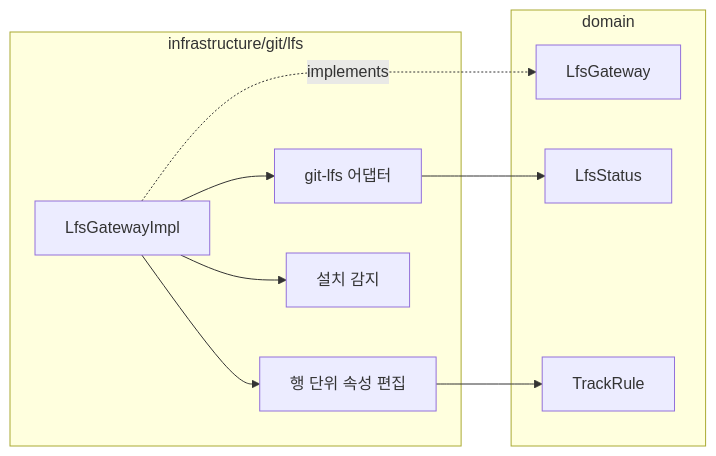
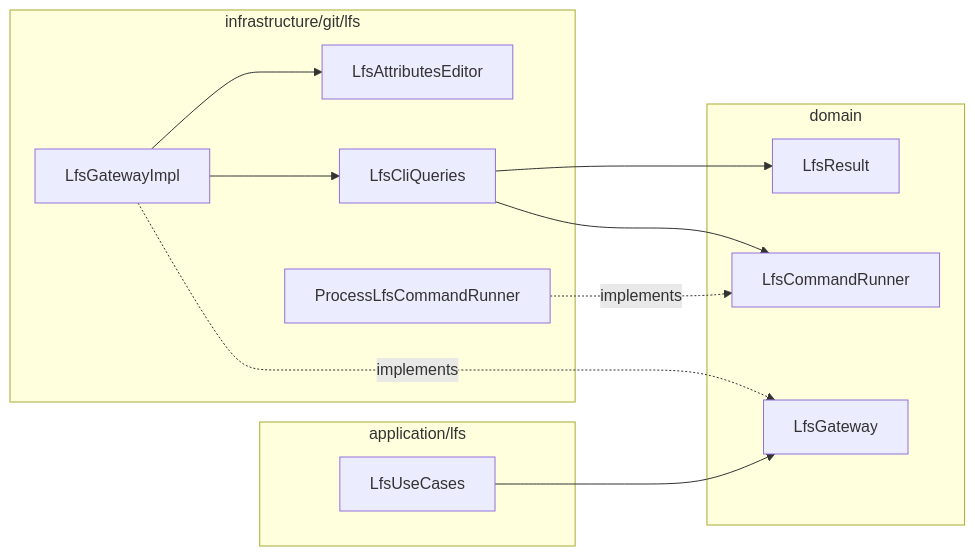
The second of 2 diagrams in tickets/UND-61-git-lfs.md (biuea3866/gitkraken-clone-app), drawn with Mermaid before and after one commit. The commit also changed other lines of this file and 32 other files, not shown here.

First line of the commit message:
[UND-61] - feat: Git LFS 연동 — 출처를 기억하지 않고 사실로 판정한다 (#131)

````diff
--- a/tickets/UND-61-git-lfs.md
+++ b/tickets/UND-61-git-lfs.md
@@ -115,20 +156,24 @@
 ```mermaid
 flowchart LR
     subgraph domain
         LG[LfsGateway]
-        Status[LfsStatus]
-        Track[TrackRule]
+        Runner[LfsCommandRunner]
+        Result[LfsResult]
+    end
+    subgraph app["application/lfs"]
+        UC[LfsUseCases]
     end
     subgraph infra["infrastructure/git/lfs"]
         Impl[LfsGatewayImpl]
-        Cli[git-lfs 어댑터]
-        Attr[행 단위 속성 편집]
-        Detect[설치 감지]
+        Cli[LfsCliQueries]
+        Attr[LfsAttributesEditor]
+        Proc[ProcessLfsCommandRunner]
     end
+    UC --> LG
     Impl -.->|implements| LG
     Impl --> Cli
     Impl --> Attr
-    Impl --> Detect
-    Cli --> Status
-    Attr --> Track
+    Cli --> Runner
+    Cli --> Result
+    Proc -.->|implements| Runner
 ```
````
